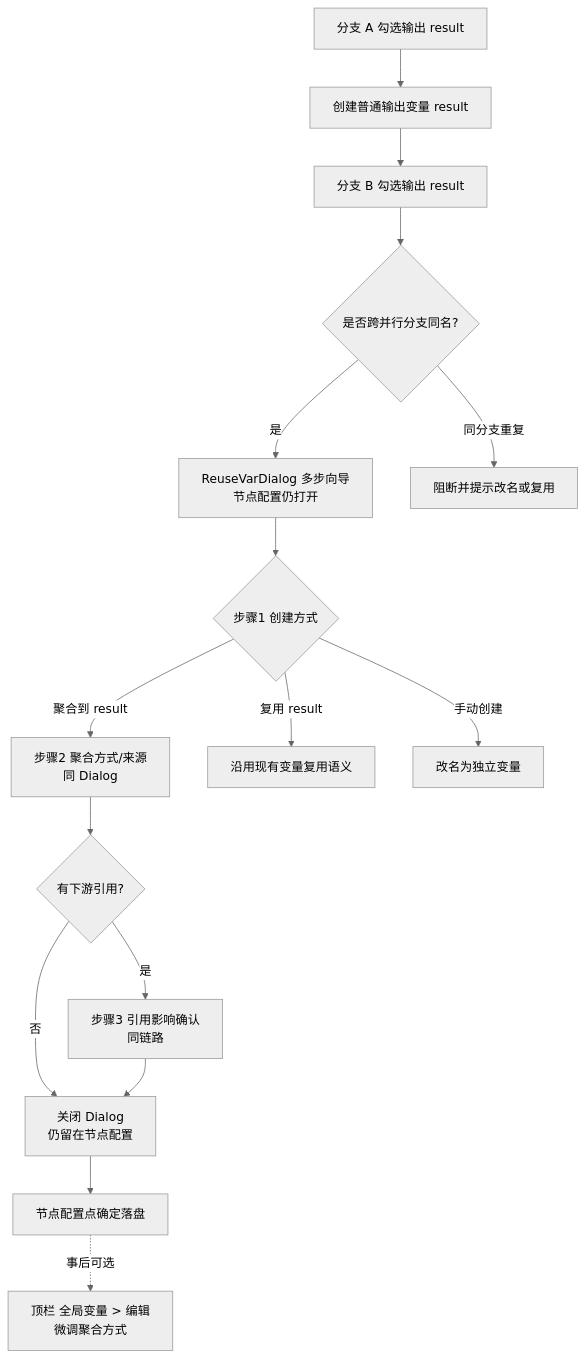
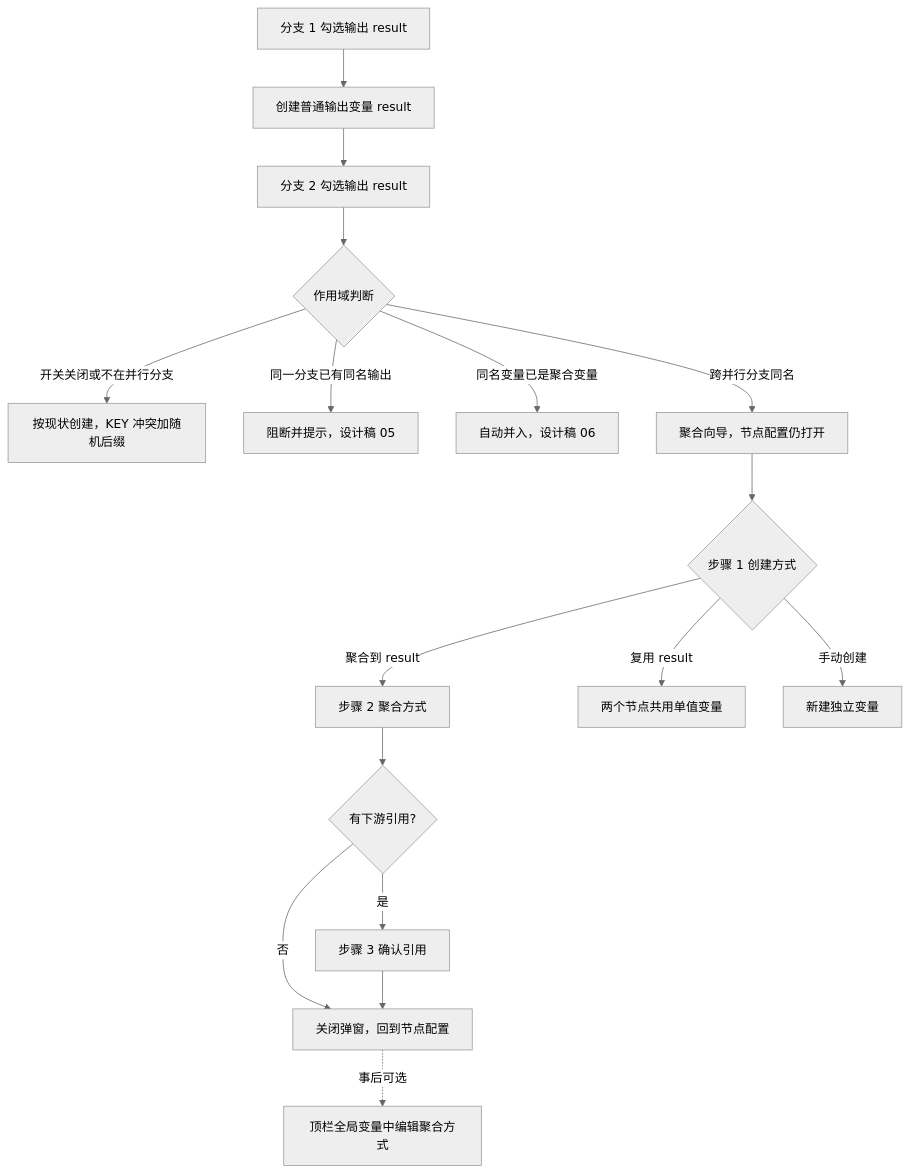
The first of 2 diagrams in prototypes/output/parallel-variable-aggregation/README.md (TencentBlueKing/BKFlow), drawn with Mermaid (neutral theme) before and after one commit. The commit also changed other lines of this file and 41 other files, not shown here.

````diff
--- a/prototypes/output/parallel-variable-aggregation/README.md
+++ b/prototypes/output/parallel-variable-aggregation/README.md
@@ -49,18 +43,19 @@
 ```mermaid
 flowchart TD
-    A[分支 A 勾选输出 result] --> B[创建普通输出变量 result]
-    B --> C[分支 B 勾选输出 result]
-    C --> D{是否跨并行分支同名?}
-    D -->|是| E[ReuseVarDialog 多步向导<br/>节点配置仍打开]
-    D -->|同分支重复| X[阻断并提示改名或复用]
-    E --> F{步骤1 创建方式}
-    F -->|聚合到 result| G[步骤2 聚合方式/来源<br/>同 Dialog]
-    F -->|复用 result| H[沿用现有变量复用语义]
-    F -->|手动创建| I[改名为独立变量]
+    A[分支 1 勾选输出 result] --> B[创建普通输出变量 result]
+    B --> C[分支 2 勾选输出 result]
+    C --> D{作用域判断}
+    D -->|开关关闭或不在并行分支| P[按现状创建，KEY 冲突加随机后缀]
+    D -->|同一分支已有同名输出| X[阻断并提示，设计稿 05]
+    D -->|同名变量已是聚合变量| Y[自动并入，设计稿 06]
+    D -->|跨并行分支同名| E[聚合向导，节点配置仍打开]
+    E --> F{步骤 1 创建方式}
+    F -->|聚合到 result| G[步骤 2 聚合方式]
+    F -->|复用 result| H[两个节点共用单值变量]
+    F -->|手动创建| I[新建独立变量]
     G --> J{有下游引用?}
-    J -->|是| K[步骤3 引用影响确认<br/>同链路]
-    J -->|否| L[关闭 Dialog<br/>仍留在节点配置]
+    J -->|是| K[步骤 3 确认引用]
+    J -->|否| L[关闭弹窗，回到节点配置]
     K --> L
-    L --> M[节点配置点确定落盘]
-    M -.->|事后可选| N[顶栏 全局变量 > 编辑<br/>微调聚合方式]
+    L -.->|事后可选| N[顶栏全局变量中编辑聚合方式]
 ```
````
